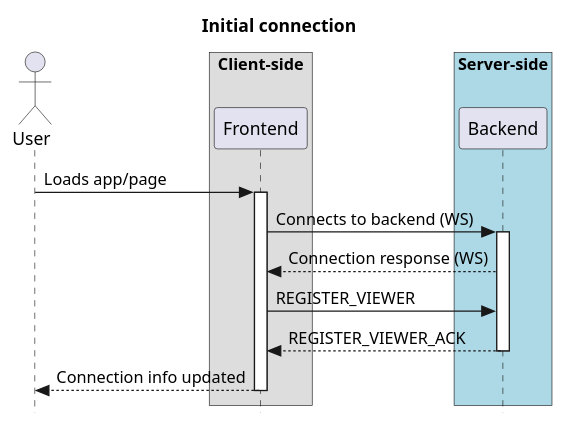
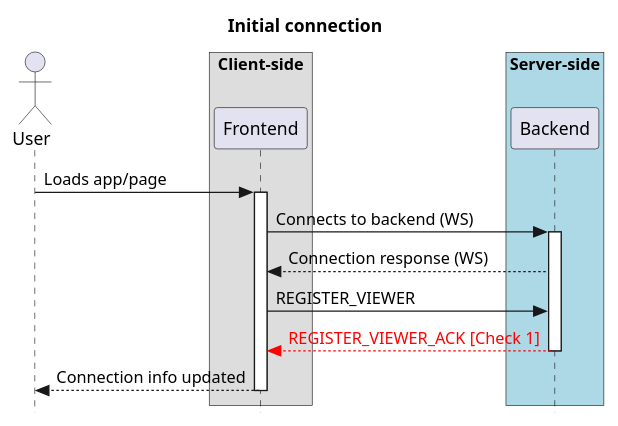
Before and after one commit to CARTAvis/ICD-RxJS: the diagram in docs/source/session.rst, drawn with PlantUML. The commit also changed other lines of this file and 3 other files, not shown here.

```diff
--- a/docs/source/session.rst
+++ b/docs/source/session.rst
@@ -4,25 +4,25 @@
 .. uml::
     
     skinparam style strictuml
     hide footbox
     title Initial connection
     
     actor User
     box "Client-side"
     participant Frontend
     end box
     
     box "Server-side" #lightblue
     participant Backend
     end box
 
     User -> Frontend : Loads app/page
     activate Frontend
     Frontend -> Backend : Connects to backend (WS)
     activate Backend
     Frontend <-- Backend : Connection response (WS)
     Frontend -> Backend : REGISTER_VIEWER
-    Frontend <-- Backend : REGISTER_VIEWER_ACK
+    Frontend <--[#red] Backend : <font color="red">REGISTER_VIEWER_ACK [Check 1]</font>
     deactivate Backend
     User <-- Frontend : Connection info updated
     deactivate Frontend
```
